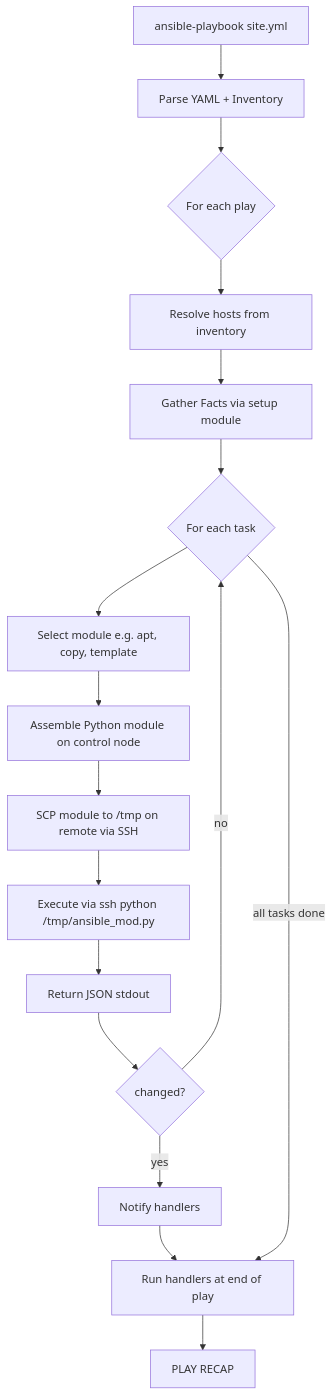
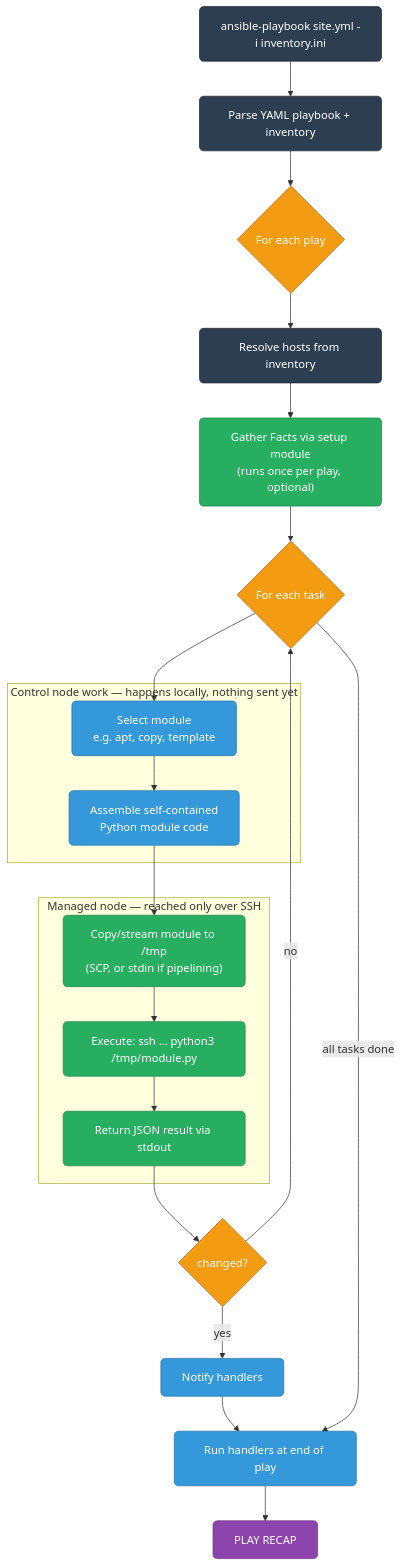
Before and after one commit to deepanshu-rawat6/DevOpsIndex: the first of 3 diagrams in iac/ansible/README.md, drawn with Mermaid. The commit also changed other lines of this file and 17 other files, not shown here.

````diff
--- a/iac/ansible/README.md
+++ b/iac/ansible/README.md
@@ -50,19 +70,33 @@
 ```mermaid
 flowchart TD
-    A[ansible-playbook site.yml] --> B[Parse YAML + Inventory]
-    B --> C{For each play}
-    C --> D[Resolve hosts from inventory]
-    D --> E[Gather Facts via setup module]
-    E --> F{For each task}
-    F --> G[Select module e.g. apt, copy, template]
-    G --> H[Assemble Python module on control node]
-    H --> I[SCP module to /tmp on remote via SSH]
-    I --> J[Execute via ssh python /tmp/ansible_mod.py]
-    J --> K[Return JSON stdout]
-    K --> L{changed?}
-    L -- yes --> M[Notify handlers]
+    classDef control fill:#2c3e50,stroke:#1a252f,color:#fff,rx:6
+    classDef task fill:#3498db,stroke:#2471a3,color:#fff,rx:6
+    classDef remote fill:#27ae60,stroke:#1e8449,color:#fff,rx:6
+    classDef decision fill:#f39c12,stroke:#ba6018,color:#fff,rx:6
+    classDef recap fill:#8e44ad,stroke:#6c3483,color:#fff,rx:6
+
+    A["ansible-playbook site.yml -i inventory.ini"]:::control --> B["Parse YAML playbook + inventory"]:::control
+    B --> C{"For each play"}:::decision
+    C --> D["Resolve hosts from inventory"]:::control
+    D --> E["Gather Facts via setup module<br/>(runs once per play, optional)"]:::remote
+    E --> F{"For each task"}:::decision
+
+    subgraph CTRL["Control node work — happens locally, nothing sent yet"]
+        G["Select module<br/>e.g. apt, copy, template"]:::task
+        H["Assemble self-contained<br/>Python module code"]:::task
+    end
+
+    subgraph PUSH["Managed node — reached only over SSH"]
+        I["Copy/stream module to /tmp<br/>(SCP, or stdin if pipelining)"]:::remote
+        J["Execute: ssh ... python3 /tmp/module.py"]:::remote
+        K["Return JSON result via stdout"]:::remote
+    end
+
+    F --> G --> H --> I --> J --> K
+    K --> L{"changed?"}:::decision
+    L -- yes --> M["Notify handlers"]:::task
     L -- no --> F
-    M --> N[Run handlers at end of play]
-    N --> O[PLAY RECAP]
+    M --> N["Run handlers at end of play"]:::task
     F -- all tasks done --> N
+    N --> O["PLAY RECAP"]:::recap
 ```
````
